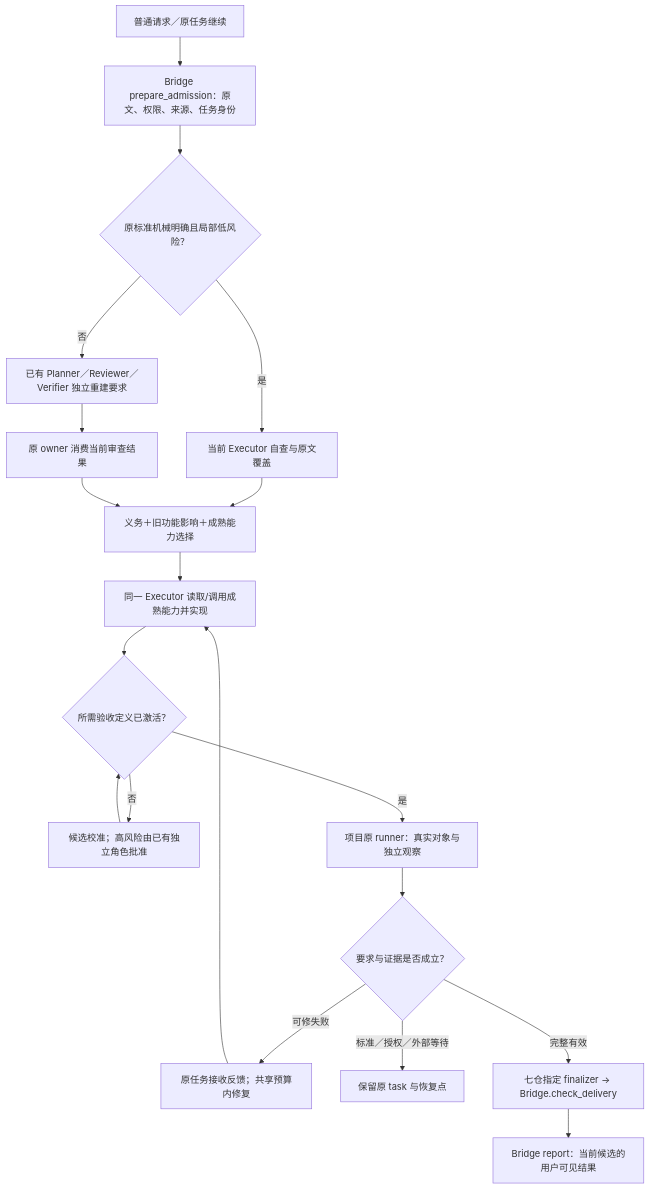
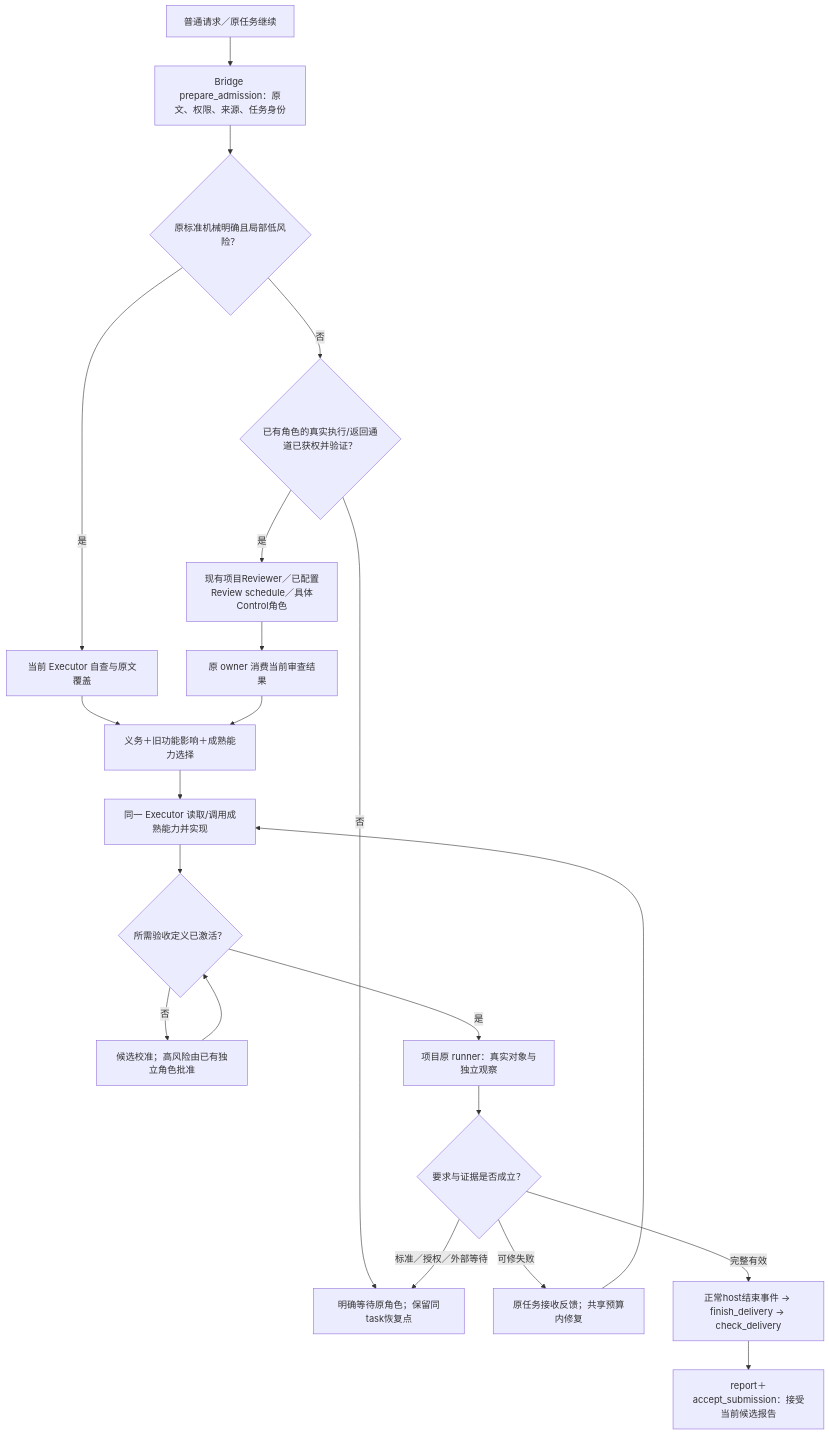
One commit to YuukiAS/AI_Research_Toolkit changed the diagram in docs/research/software-production/22_DELIVERY_ASSURANCE_GLOBAL_WORK_RESEARCH_20261022/WORK_OUTPUT/02_ARCHITECTURE_AND_COMPONENTS.md. Above: the diagram before and after it, drawn with Mermaid. The commit also changed other lines of this file, not shown here.

Commit message:
docs(delivery-assurance): align R2 02 authority and execution boundaries

````diff
--- a/docs/research/software-production/22_DELIVERY_ASSURANCE_GLOBAL_WORK_RESEARCH_20261022/WORK_OUTPUT/02_ARCHITECTURE_AND_COMPONENTS.md
+++ b/docs/research/software-production/22_DELIVERY_ASSURANCE_GLOBAL_WORK_RESEARCH_20261022/WORK_OUTPUT/02_ARCHITECTURE_AND_COMPONENTS.md
@@ -11,21 +11,23 @@
 ```mermaid
 flowchart TD
  U["普通请求／原任务继续"] --> A["Bridge prepare_admission：原文、权限、来源、任务身份"]
  A --> R{"原标准机械明确且局部低风险？"}
  R -->|是| S["当前 Executor 自查与原文覆盖"]
- R -->|否| I["已有 Planner／Reviewer／Verifier 独立重建要求"]
+ R -->|否| T{"已有角色的真实执行/返回通道已获权并验证？"}
+ T -->|是| I["现有项目Reviewer／已配置Review schedule／具体Control角色"]
+ T -->|否| W["明确等待原角色；保留同task恢复点"]
  I --> A2["原 owner 消费当前审查结果"]
  S --> O["义务＋旧功能影响＋成熟能力选择"]
  A2 --> O
  O --> E["同一 Executor 读取/调用成熟能力并实现"]
  E --> V{"所需验收定义已激活？"}
  V -->|否| C["候选校准；高风险由已有独立角色批准"]
  C --> V
  V -->|是| P["项目原 runner：真实对象与独立观察"]
  P --> F{"要求与证据是否成立？"}
  F -->|可修失败| B["原任务接收反馈；共享预算内修复"]
  B --> E
- F -->|标准／授权／外部等待| W["保留原 task 与恢复点"]
- F -->|完整有效| D["七仓指定 finalizer → Bridge.check_delivery"]
- D --> H["Bridge report：当前候选的用户可见结果"]
+ F -->|标准／授权／外部等待| W
+ F -->|完整有效| D["正常host结束事件 → finish_delivery → check_delivery"]
+ D --> H["report＋accept_submission：接受当前候选报告"]
 ```
````
